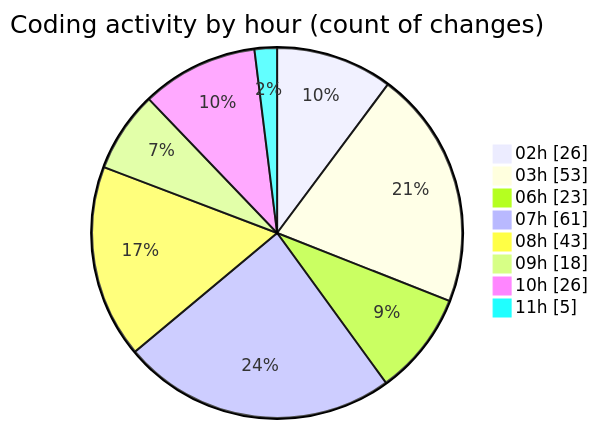
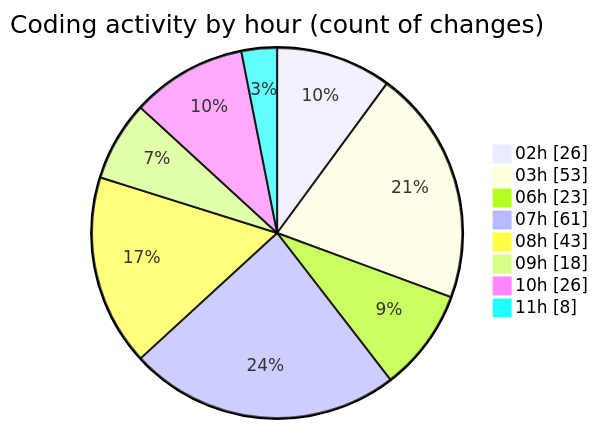
Before and after one commit to charlie-sans/code-tracking: the second of 2 diagrams in 2025-02-22/micros/README.md, drawn with Mermaid. The commit also changed other lines of this file and 1 other file, not shown here.

````diff
--- a/2025-02-22/micros/README.md
+++ b/2025-02-22/micros/README.md
@@ -78,12 +78,12 @@
 ```mermaid
 pie showData
 title Coding activity by hour (count of changes)
 "02h" : 26
 "03h" : 53
 "06h" : 23
 "07h" : 61
 "08h" : 43
 "09h" : 18
 "10h" : 26
-"11h" : 5
+"11h" : 8
 ```
````
